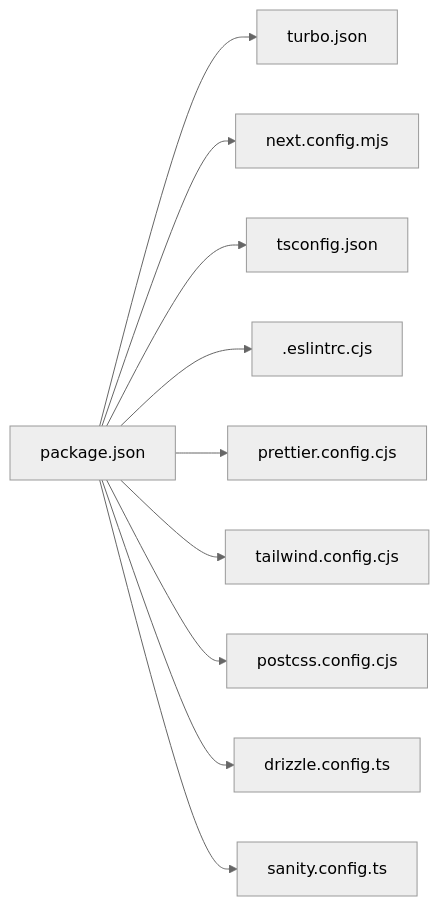
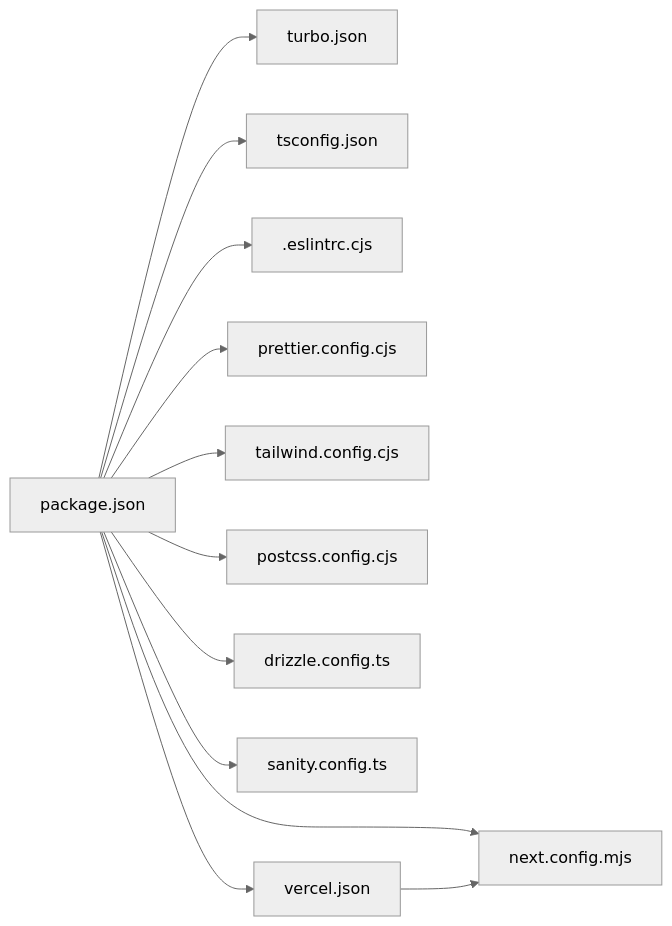
One commit to KTBOY/cali.so changed the seventh of 7 diagrams in .qoder/repowiki/zh/content/开发指南.md. Above: the diagram before and after it, drawn with Mermaid (neutral theme). The commit also changed other lines of this file and 6607 other files, not shown here.

````diff
--- a/.qoder/repowiki/zh/content/开发指南.md
+++ b/.qoder/repowiki/zh/content/开发指南.md
@@ -297,12 +356,14 @@
 ```mermaid
 graph LR
 PKG["package.json"] --> TURBO["turbo.json"]
 PKG --> NEXT["next.config.mjs"]
 PKG --> TS["tsconfig.json"]
 PKG --> LINT[".eslintrc.cjs"]
 PKG --> PRETTIER["prettier.config.cjs"]
 PKG --> TAILWIND["tailwind.config.cjs"]
 PKG --> POSTCSS["postcss.config.cjs"]
 PKG --> DRIZZLE["drizzle.config.ts"]
 PKG --> SANITY["sanity.config.ts"]
+PKG --> VERCEL["vercel.json"]
+VERCEL --> NEXT
 ```
````
